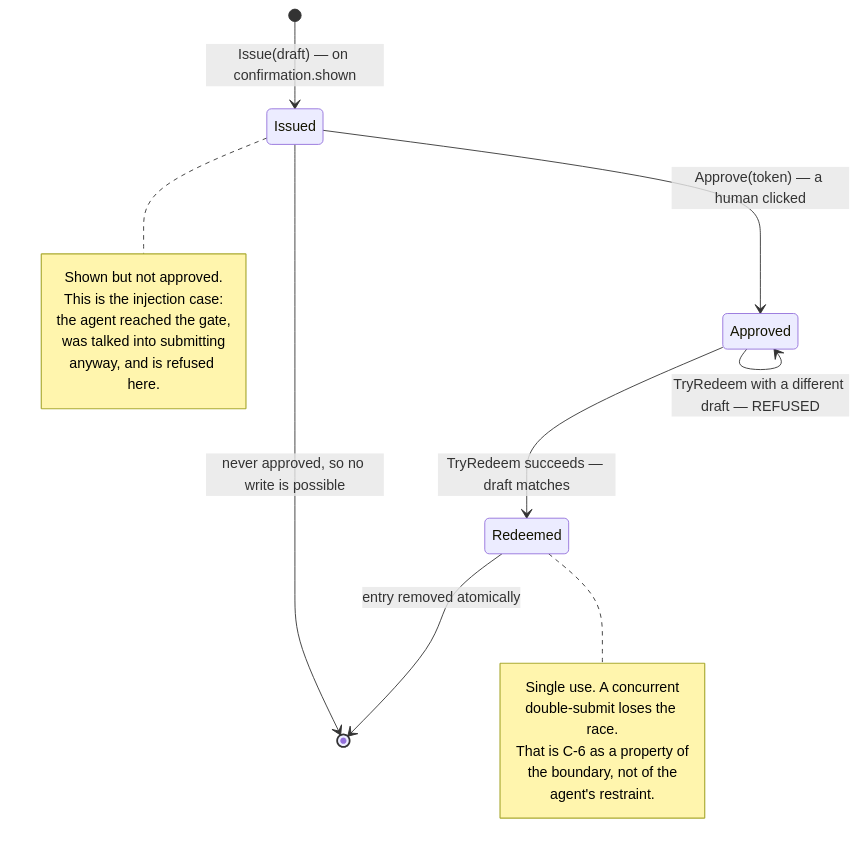
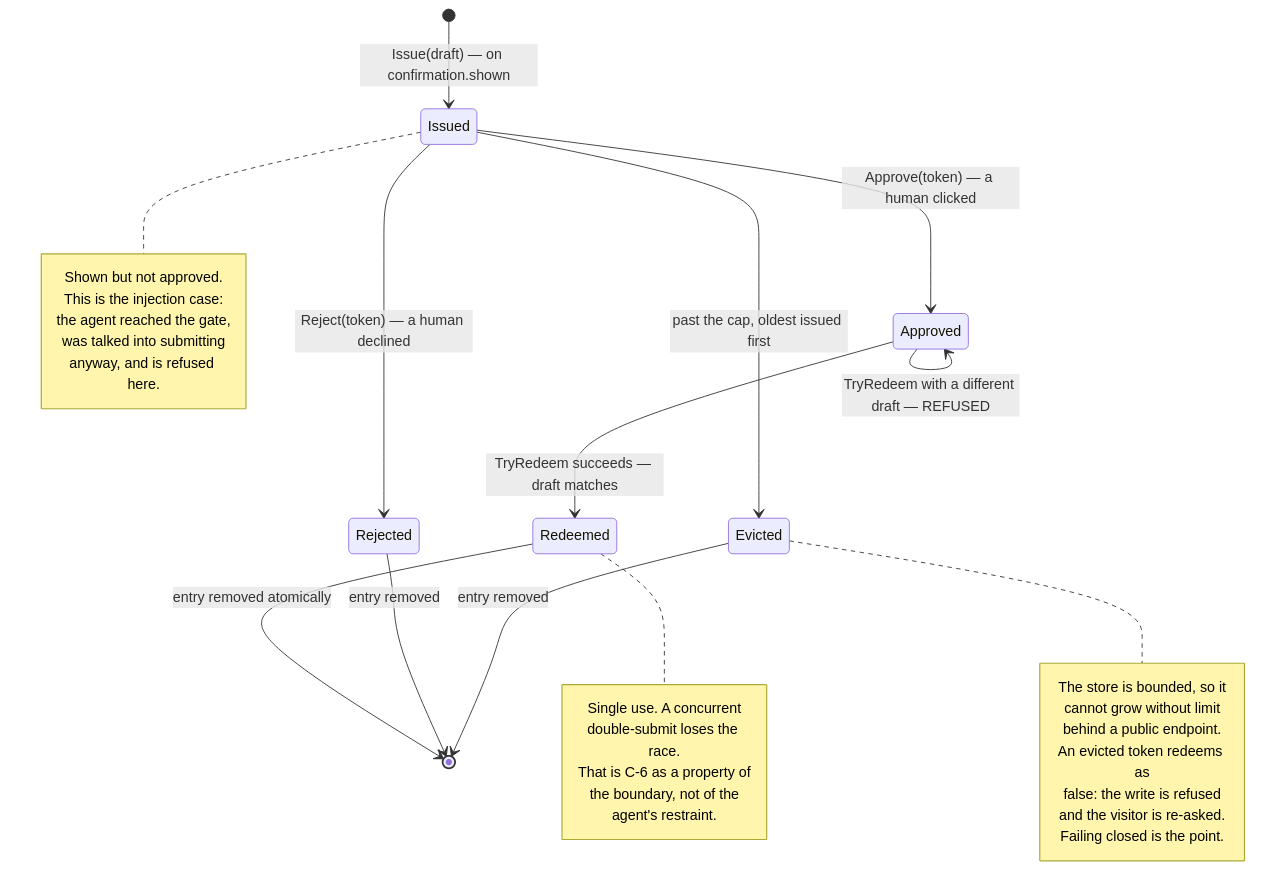
Before and after one commit to konradcinkusz/agent-eval-bench: the diagram in docs/diagrams/a6-token-state-machine.mmd, drawn with Mermaid. The commit also changed 6 other files, not shown here.

```diff
--- a/docs/diagrams/a6-token-state-machine.mmd
+++ b/docs/diagrams/a6-token-state-machine.mmd
@@ -1,23 +1,36 @@
 stateDiagram-v2
     [*] --> Issued : Issue(draft) — on confirmation.shown
     Issued --> Approved : Approve(token) — a human clicked
-    Issued --> [*] : never approved, so no write is possible
+    Issued --> Rejected : Reject(token) — a human declined
+    Issued --> Evicted : past the cap, oldest issued first
     Approved --> Redeemed : TryRedeem succeeds — draft matches
     Approved --> Approved : TryRedeem with a different draft — REFUSED
     Redeemed --> [*] : entry removed atomically
+    Rejected --> [*] : entry removed
+    Evicted --> [*] : entry removed
 
     note right of Issued
         Shown but not approved.
         This is the injection case:
         the agent reached the gate,
         was talked into submitting
         anyway, and is refused here.
     end note
 
     note right of Redeemed
         Single use. A concurrent
         double-submit loses the race.
         That is C-6 as a property of
         the boundary, not of the
         agent's restraint.
     end note
+
+    note right of Evicted
+        The store is bounded, so it
+        cannot grow without limit
+        behind a public endpoint.
+        An evicted token redeems as
+        false: the write is refused
+        and the visitor is re-asked.
+        Failing closed is the point.
+    end note
```
